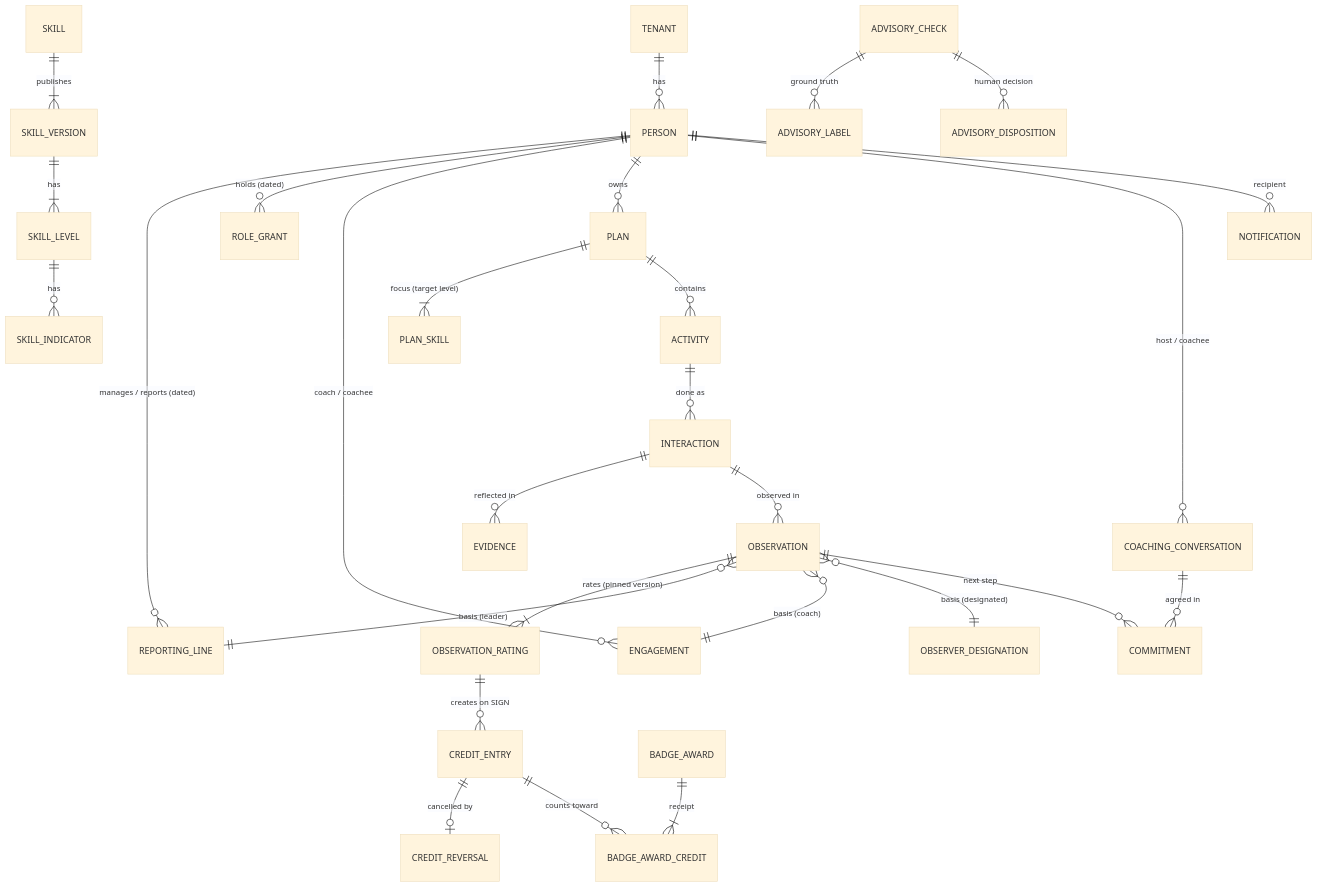
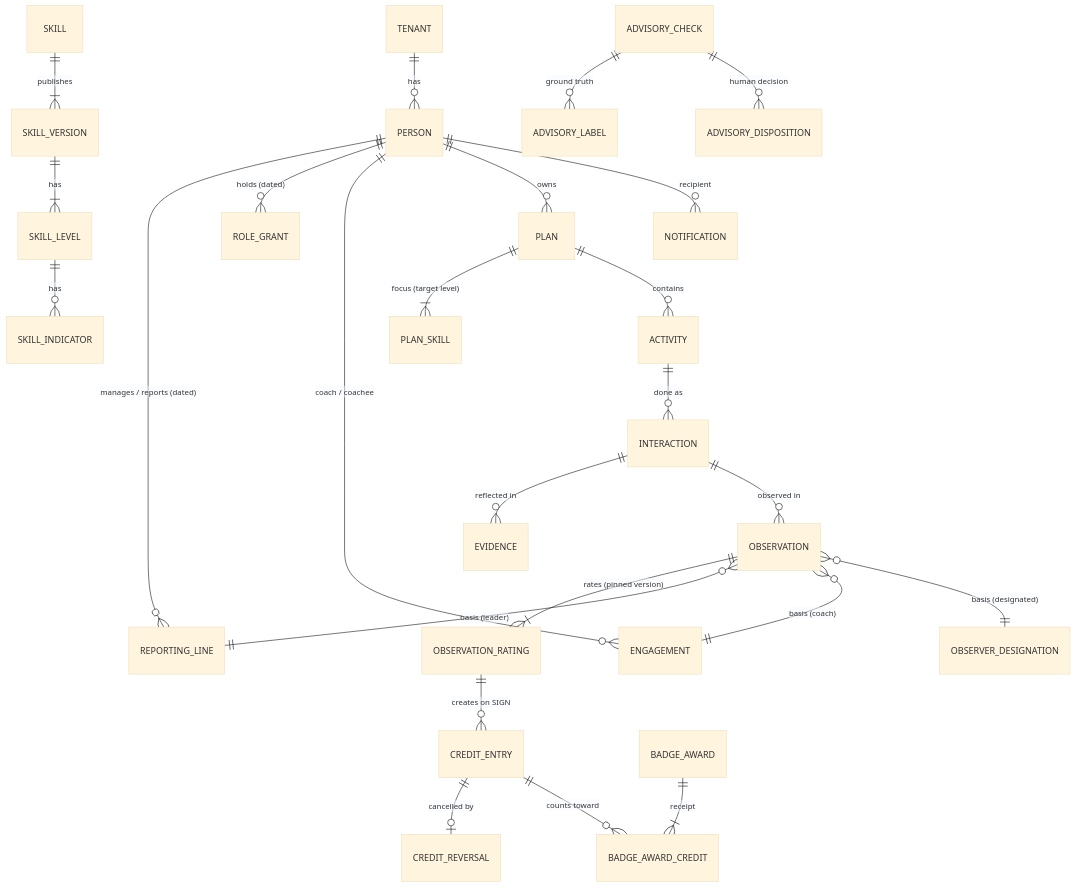
Before and after one commit to brandonbryant12/project-x: the eighth of 9 diagrams in docs/architecture/overview.md, drawn with Mermaid (base theme). The commit also changed other lines of this file and 51 other files, not shown here.

````diff
--- a/docs/architecture/overview.md
+++ b/docs/architecture/overview.md
@@ -177,30 +177,27 @@
 ```mermaid
 erDiagram
   TENANT ||--o{ PERSON : has
   PERSON ||--o{ REPORTING_LINE : "manages / reports (dated)"
   PERSON ||--o{ ROLE_GRANT : "holds (dated)"
   PERSON ||--o{ ENGAGEMENT : "coach / coachee"
   SKILL ||--|{ SKILL_VERSION : publishes
   SKILL_VERSION ||--|{ SKILL_LEVEL : has
   SKILL_LEVEL ||--o{ SKILL_INDICATOR : has
   PERSON ||--o{ PLAN : owns
   PLAN ||--|{ PLAN_SKILL : "focus (target level)"
   PLAN ||--o{ ACTIVITY : contains
   ACTIVITY ||--o{ INTERACTION : "done as"
   INTERACTION ||--o{ EVIDENCE : "reflected in"
   INTERACTION ||--o{ OBSERVATION : "observed in"
   OBSERVATION ||--|{ OBSERVATION_RATING : "rates (pinned version)"
   OBSERVATION_RATING ||--o{ CREDIT_ENTRY : "creates on SIGN"
   CREDIT_ENTRY ||--o| CREDIT_REVERSAL : "cancelled by"
   BADGE_AWARD ||--|{ BADGE_AWARD_CREDIT : "receipt"
   CREDIT_ENTRY ||--o{ BADGE_AWARD_CREDIT : "counts toward"
   OBSERVATION }o--|| REPORTING_LINE : "basis (leader)"
   OBSERVATION }o--|| ENGAGEMENT : "basis (coach)"
   OBSERVATION }o--|| OBSERVER_DESIGNATION : "basis (designated)"
-  PERSON ||--o{ COACHING_CONVERSATION : "host / coachee"
-  COACHING_CONVERSATION ||--o{ COMMITMENT : "agreed in"
-  OBSERVATION ||--o{ COMMITMENT : "next step"
   PERSON ||--o{ NOTIFICATION : "recipient"
   ADVISORY_CHECK ||--o{ ADVISORY_LABEL : "ground truth"
   ADVISORY_CHECK ||--o{ ADVISORY_DISPOSITION : "human decision"
 ```
````
